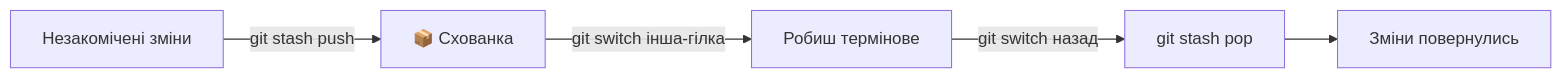
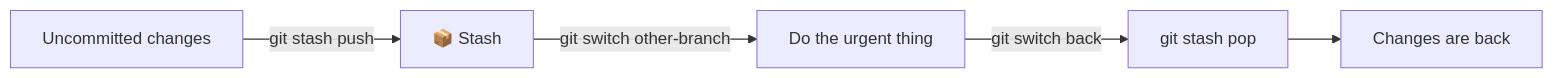
One commit to andriyevski/python-learning-portfolio changed diagram 11 of 14 in git_commands.md. Above: the diagram before and after it, drawn with Mermaid. The commit also changed other lines of this file and 3 other files, not shown here.

````diff
--- a/git_commands.md
+++ b/git_commands.md
@@ -476,7 +476,7 @@
 ```mermaid
 graph LR
-    A["Незакомічені зміни"] -- "git stash push" --> B["📦 Схованка"]
-    B -- "git switch іншa-гілка" --> C["Робиш термінове"]
-    C -- "git switch назад" --> D["git stash pop"]
-    D --> E["Зміни повернулись"]
+    A["Uncommitted changes"] -- "git stash push" --> B["📦 Stash"]
+    B -- "git switch other-branch" --> C["Do the urgent thing"]
+    C -- "git switch back" --> D["git stash pop"]
+    D --> E["Changes are back"]
 ```
````
